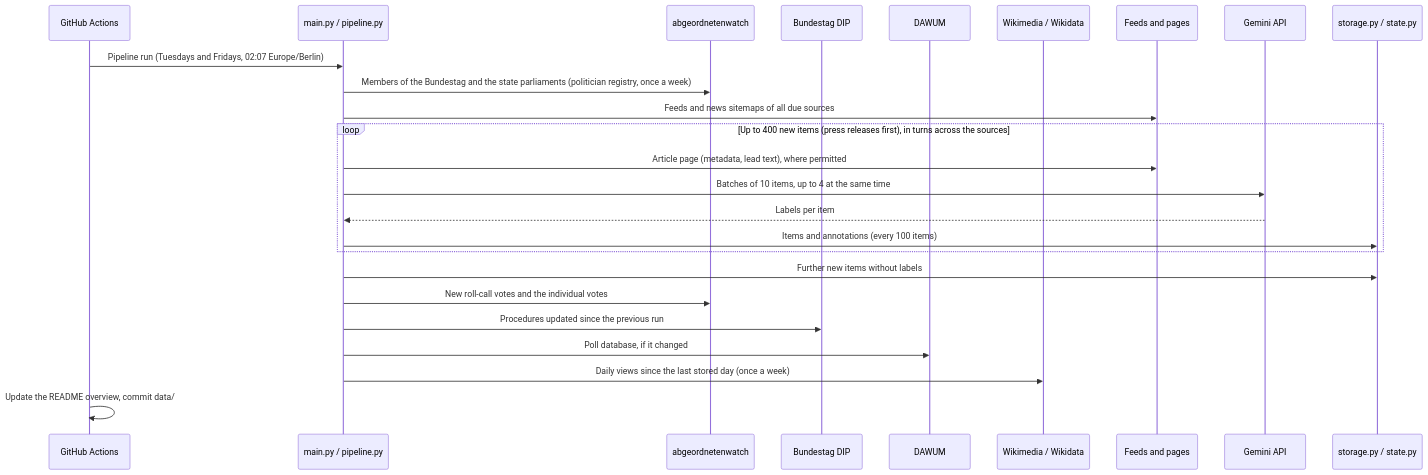
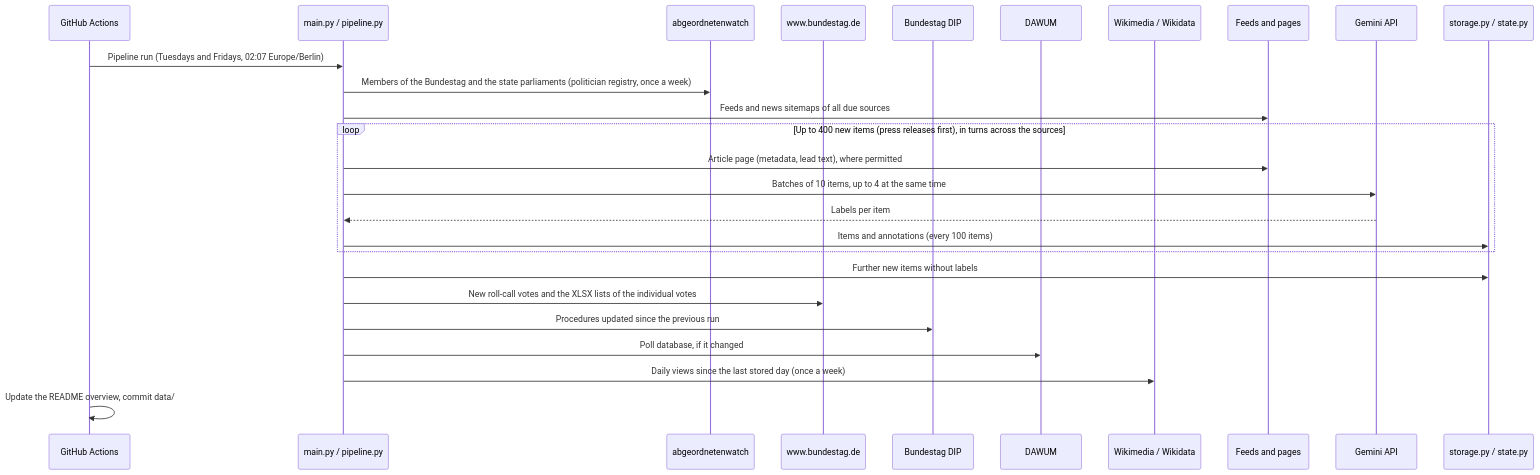
Before and after one commit to kleinnconrad/dataset.politics.germany: the second of 2 diagrams in README.md, drawn with Mermaid. The commit also changed other lines of this file and 14 other files, not shown here.

First line of the commit message:
feat(collectors)!: read roll-call votes from the lists of the Bundestag

````diff
--- a/README.md
+++ b/README.md
@@ -1280,28 +1281,29 @@
 ```mermaid
 sequenceDiagram
     participant Action as GitHub Actions
     participant Run as main.py / pipeline.py
     participant AW as abgeordnetenwatch
+    participant BT as www.bundestag.de
     participant DIP as Bundestag DIP
     participant DAWUM as DAWUM
     participant Wiki as Wikimedia / Wikidata
     participant Web as Feeds and pages
     participant Gemini as Gemini API
     participant Store as storage.py / state.py
 
     Action->>Run: Pipeline run (Tuesdays and Fridays, 02:07 Europe/Berlin)
     Run->>AW: Members of the Bundestag and the state parliaments (politician registry, once a week)
     Run->>Web: Feeds and news sitemaps of all due sources
     loop Up to 400 new items (press releases first), in turns across the sources
         Run->>Web: Article page (metadata, lead text), where permitted
         Run->>Gemini: Batches of 10 items, up to 4 at the same time
         Gemini-->>Run: Labels per item
         Run->>Store: Items and annotations (every 100 items)
     end
     Run->>Store: Further new items without labels
-    Run->>AW: New roll-call votes and the individual votes
+    Run->>BT: New roll-call votes and the XLSX lists of the individual votes
     Run->>DIP: Procedures updated since the previous run
     Run->>DAWUM: Poll database, if it changed
     Run->>Wiki: Daily views since the last stored day (once a week)
     Action->>Action: Update the README overview, commit data/
 ```
````
